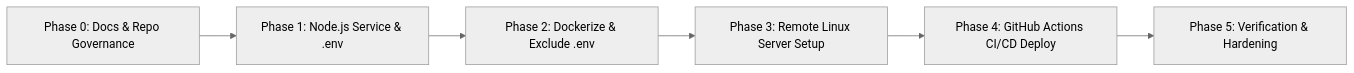
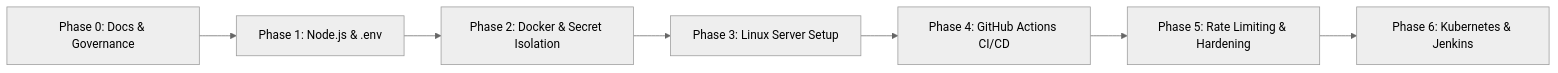
One commit to ADITYAGUPTA112/Dockerized-Service-Architecture-Planning changed the diagram in README.md. Above: the diagram before and after it, drawn with Mermaid (neutral theme). The commit also changed other lines of this file and 20 other files, not shown here.

Commit message:
feat(k8s-jenkins): add enterprise Kubernetes manifests, Helm chart, and Jenkins CI/CD pipeline

````diff
--- a/README.md
+++ b/README.md
@@ -26,8 +26,9 @@
 ```mermaid
 flowchart LR
-    P0["Phase 0: Docs & Repo Governance"] --> P1["Phase 1: Node.js Service & .env"]
-    P1 --> P2["Phase 2: Dockerize & Exclude .env"]
-    P2 --> P3["Phase 3: Remote Linux Server Setup"]
-    P3 --> P4["Phase 4: GitHub Actions CI/CD Deploy"]
-    P4 --> P5["Phase 5: Verification & Hardening"]
+    P0["Phase 0: Docs & Governance"] --> P1["Phase 1: Node.js & .env"]
+    P1 --> P2["Phase 2: Docker & Secret Isolation"]
+    P2 --> P3["Phase 3: Linux Server Setup"]
+    P3 --> P4["Phase 4: GitHub Actions CI/CD"]
+    P4 --> P5["Phase 5: Rate Limiting & Hardening"]
+    P5 --> P6["Phase 6: Kubernetes & Jenkins"]
 ```
````
